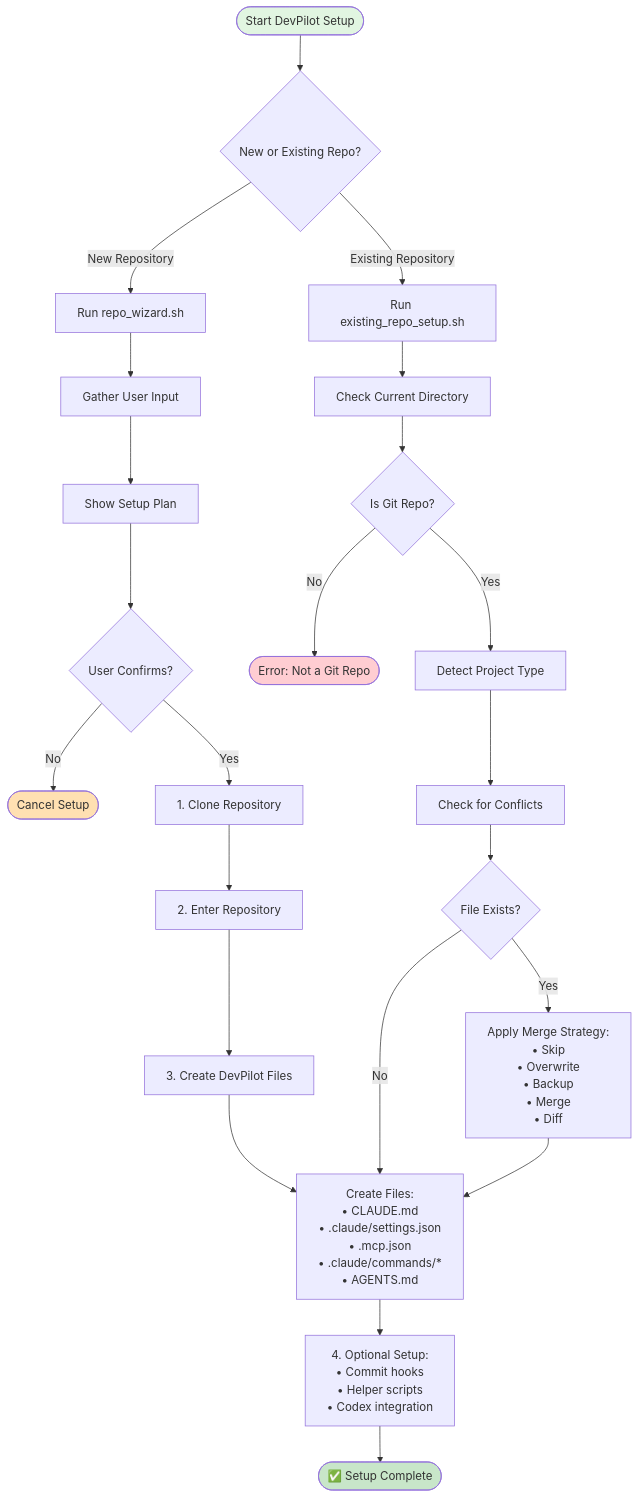
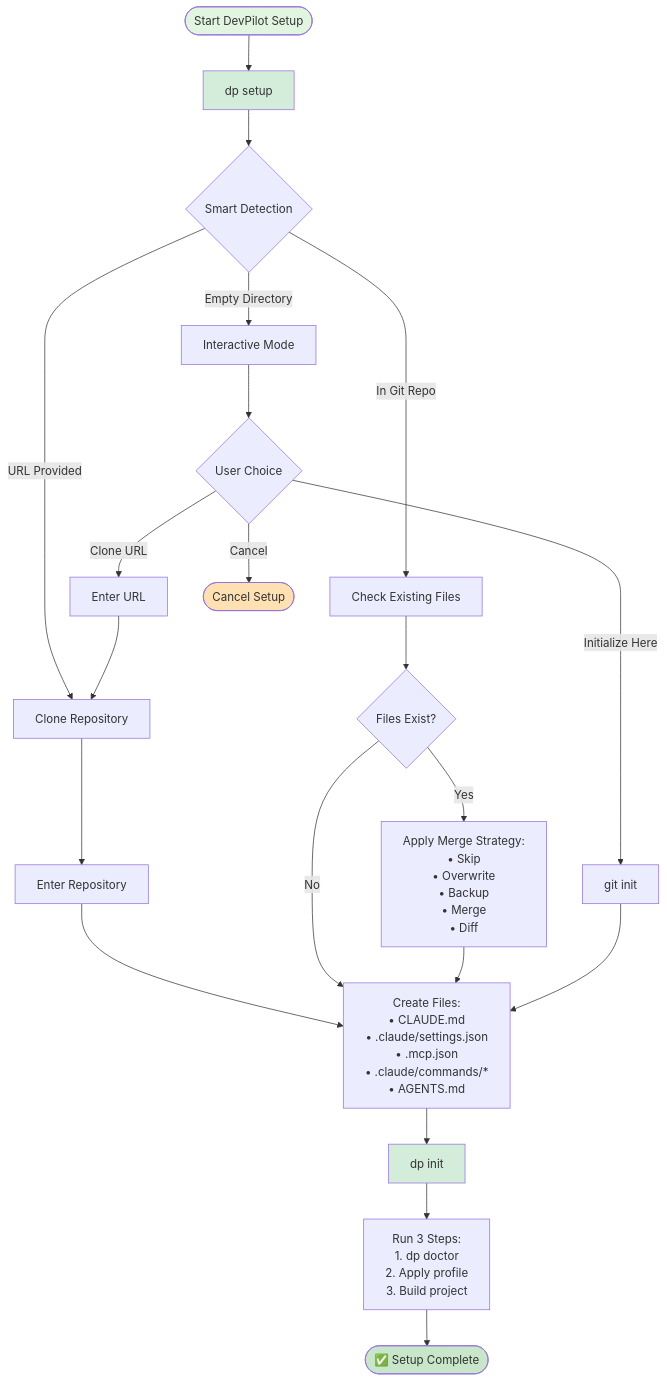
Before and after one commit to Softsensor-org/SoftSensorAI: the diagram in docs/SETUP_WORKFLOW.md, drawn with Mermaid. The commit also changed other lines of this file and 10 other files, not shown here.

````diff
--- a/docs/SETUP_WORKFLOW.md
+++ b/docs/SETUP_WORKFLOW.md
@@ -12,40 +12,44 @@
 ```mermaid
 graph TD
-    Start([Start DevPilot Setup]) --> Choice{New or Existing Repo?}
+    Start([Start DevPilot Setup]) --> DpSetup[dp setup]
 
-    %% New Repository Path
-    Choice -->|New Repository| NewRepo[Run repo_wizard.sh]
-    NewRepo --> Input[Gather User Input]
-    Input --> Plan[Show Setup Plan]
-    Plan --> Confirm{User Confirms?}
-    Confirm -->|No| End([Cancel Setup])
-    Confirm -->|Yes| Clone[1. Clone Repository]
-    Clone --> Enter[2. Enter Repository]
-    Enter --> Create[3. Create DevPilot Files]
+    %% Smart Detection
+    DpSetup --> Detect{Smart Detection}
 
-    %% Existing Repository Path
-    Choice -->|Existing Repository| ExistingRepo[Run existing_repo_setup.sh]
-    ExistingRepo --> Check[Check Current Directory]
-    Check --> IsGit{Is Git Repo?}
-    IsGit -->|No| Error([Error: Not a Git Repo])
-    IsGit -->|Yes| Detect[Detect Project Type]
-    Detect --> Merge[Check for Conflicts]
+    %% Three Paths
+    Detect -->|URL Provided| Clone[Clone Repository]
+    Detect -->|In Git Repo| CheckFiles[Check Existing Files]
+    Detect -->|Empty Directory| Interactive[Interactive Mode]
 
-    %% File Creation Process
-    Create --> Files[Create Files:<br/>• CLAUDE.md<br/>• .claude/settings.json<br/>• .mcp.json<br/>• .claude/commands/*<br/>• AGENTS.md]
+    %% Clone Path
+    Clone --> Enter[Enter Repository]
+    Enter --> CreateFiles
 
-    %% Merge Strategy
-    Merge --> Conflict{File Exists?}
-    Conflict -->|No| Files
+    %% Existing Repo Path
+    CheckFiles --> Conflict{Files Exist?}
+    Conflict -->|No| CreateFiles
     Conflict -->|Yes| Strategy[Apply Merge Strategy:<br/>• Skip<br/>• Overwrite<br/>• Backup<br/>• Merge<br/>• Diff]
-    Strategy --> Files
+    Strategy --> CreateFiles
 
-    %% Final Steps
-    Files --> Optional[4. Optional Setup:<br/>• Commit hooks<br/>• Helper scripts<br/>• Codex integration]
-    Optional --> Success([✅ Setup Complete])
+    %% Interactive Path
+    Interactive --> Choice{User Choice}
+    Choice -->|Initialize Here| InitGit[git init]
+    Choice -->|Clone URL| InputURL[Enter URL]
+    Choice -->|Cancel| End([Cancel Setup])
+    InitGit --> CreateFiles
+    InputURL --> Clone
+
+    %% File Creation
+    CreateFiles[Create Files:<br/>• CLAUDE.md<br/>• .claude/settings.json<br/>• .mcp.json<br/>• .claude/commands/*<br/>• AGENTS.md]
+
+    %% Initialize
+    CreateFiles --> DpInit[dp init]
+    DpInit --> Steps[Run 3 Steps:<br/>1. dp doctor<br/>2. Apply profile<br/>3. Build project]
+    Steps --> Success([✅ Setup Complete])
 
     style Start fill:#e1f5e1
+    style DpSetup fill:#d4edda
+    style DpInit fill:#d4edda
     style Success fill:#c8e6c9
-    style Error fill:#ffcdd2
     style End fill:#ffe0b2
 ```
````
